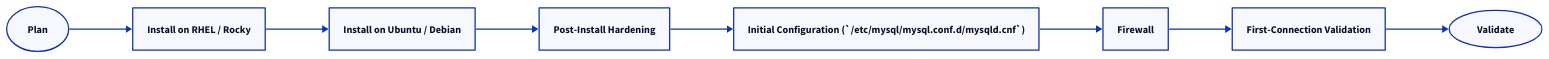
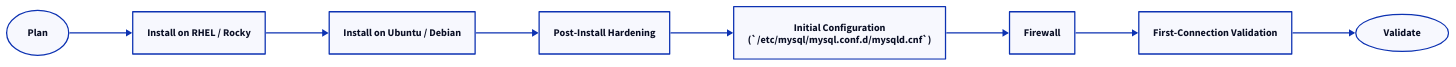
Before and after one commit to canast01/chris-kb: the diagram in docs/compute/linux/mysql/deploy/index.md, drawn with D2. The commit also changed 192 other files, not shown here.

````diff
--- a/docs/compute/linux/mysql/deploy/index.md
+++ b/docs/compute/linux/mysql/deploy/index.md
@@ -16,20 +16,20 @@
 ```d2
 direction: right
 
 plan: "Plan" {shape: oval}
 install_on_rhel_rocky: "Install on RHEL / Rocky" {shape: rectangle}
 install_on_ubuntu_debian: "Install on Ubuntu / Debian" {shape: rectangle}
 postinstall_hardening: "Post-Install Hardening" {shape: rectangle}
-initial_configuration_etcmysqlmysqlc: "Initial Configuration (`/etc/mysql/mysql.conf.d/mysqld.cnf`)" {shape: rectangle}
+initial_configuration_etcmysqlmysqlc: "Initial Configuration\n(`/etc/mysql/mysql.conf.d/mysqld.cnf`)" {shape: rectangle}
 firewall: "Firewall" {shape: rectangle}
 firstconnection_validation: "First-Connection Validation" {shape: rectangle}
 validate: "Validate" {shape: oval}
 
 plan -> install_on_rhel_rocky
 install_on_rhel_rocky -> install_on_ubuntu_debian
 install_on_ubuntu_debian -> postinstall_hardening
 postinstall_hardening -> initial_configuration_etcmysqlmysqlc
 initial_configuration_etcmysqlmysqlc -> firewall
 firewall -> firstconnection_validation
 firstconnection_validation -> validate
 ```
````
